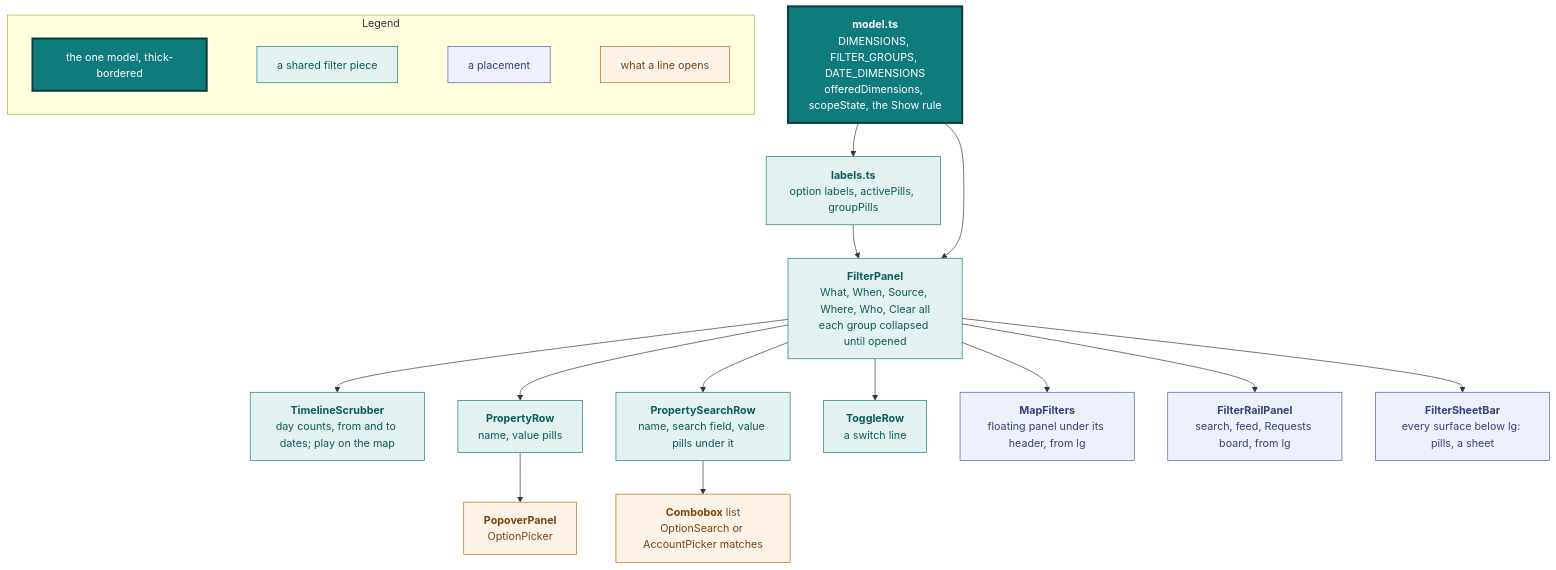
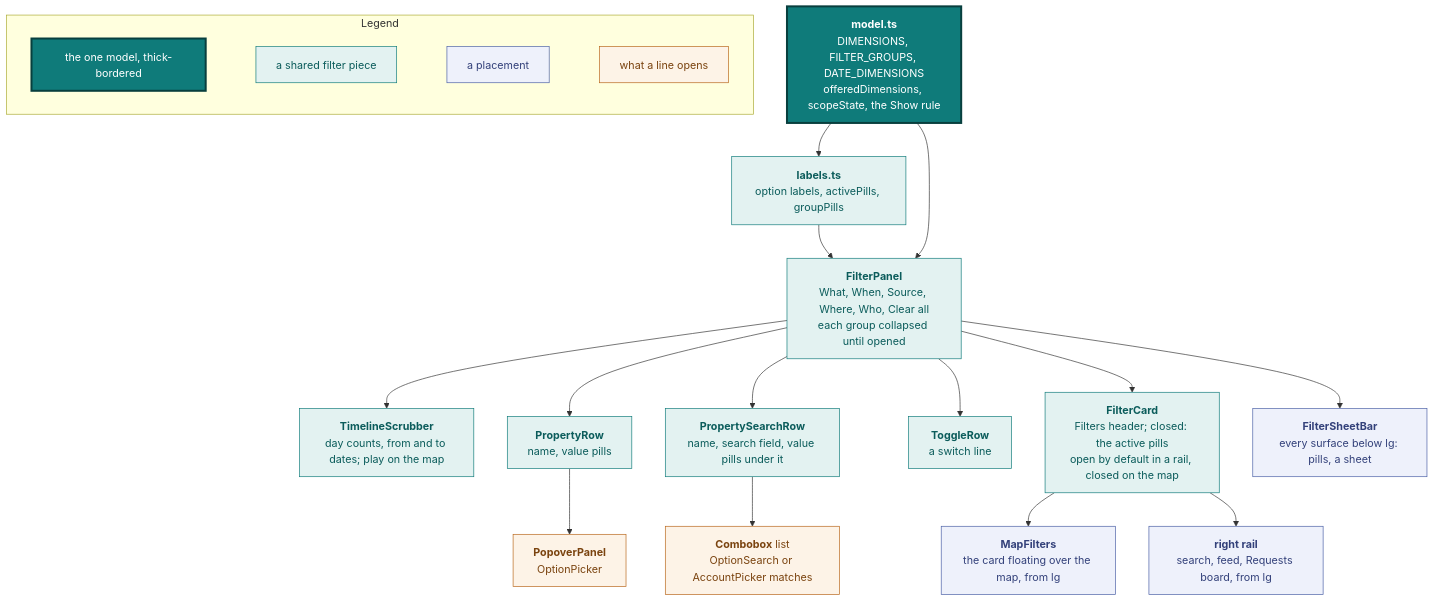
The eighth of 23 diagrams in docs/design.md (vidithq/vidit), drawn with Mermaid before and after one commit. The commit also changed other lines of this file and 17 other files, not shown here.

First line of the commit message:
feat(filters): one Filters header over the panel on every surface

````diff
--- a/docs/design.md
+++ b/docs/design.md
@@ -761,53 +761,57 @@
 ```mermaid
 flowchart TB
   classDef core fill:#0f7b7a,stroke:#083f3e,stroke-width:3px,color:#ffffff
   classDef shared fill:#e3f2f1,stroke:#0f7b7a,color:#0b5c5b
   classDef page fill:#eef1fb,stroke:#4a5fa5,color:#33417a
   classDef state fill:#fdf3e7,stroke:#b8661a,color:#7a430f
 
   subgraph legend [Legend]
     direction LR
     l1["`the one model, thick-bordered`"]:::core
     l2["`a shared filter piece`"]:::shared
     l3["`a placement`"]:::page
     l4["`what a line opens`"]:::state
     l1 ~~~ l2 ~~~ l3 ~~~ l4
   end
 
   model["`**model.ts**
   DIMENSIONS, FILTER_GROUPS, DATE_DIMENSIONS
   offeredDimensions, scopeState, the Show rule`"]:::core
   labels["`**labels.ts**
   option labels, activePills, groupPills`"]:::shared
   panel["`**FilterPanel**
   What, When, Source, Where, Who, Clear all
   each group collapsed until opened`"]:::shared
   timeline["`**TimelineScrubber**
   day counts, from and to dates; play on the map`"]:::shared
   line["`**PropertyRow**
   name, value pills`"]:::shared
   search["`**PropertySearchRow**
   name, search field, value pills under it`"]:::shared
   toggle["`**ToggleRow**
   a switch line`"]:::shared
   editor["`**PopoverPanel**
   OptionPicker`"]:::state
   matches["`**Combobox** list
   OptionSearch or AccountPicker matches`"]:::state
+  card["`**FilterCard**
+  Filters header; closed: the active pills
+  open by default in a rail, closed on the map`"]:::shared
   map["`**MapFilters**
-  floating panel under its header, from lg`"]:::page
-  rail["`**FilterRailPanel**
+  the card floating over the map, from lg`"]:::page
+  rail["`**right rail**
   search, feed, Requests board, from lg`"]:::page
   phone["`**FilterSheetBar**
   every surface below lg: pills, a sheet`"]:::page
 
   model --> labels --> panel
   model --> panel
   panel --> timeline
   panel --> line --> editor
   panel --> search --> matches
   panel --> toggle
-  panel --> map
-  panel --> rail
+  panel --> card
+  card --> map
+  card --> rail
   panel --> phone
 ```
````
